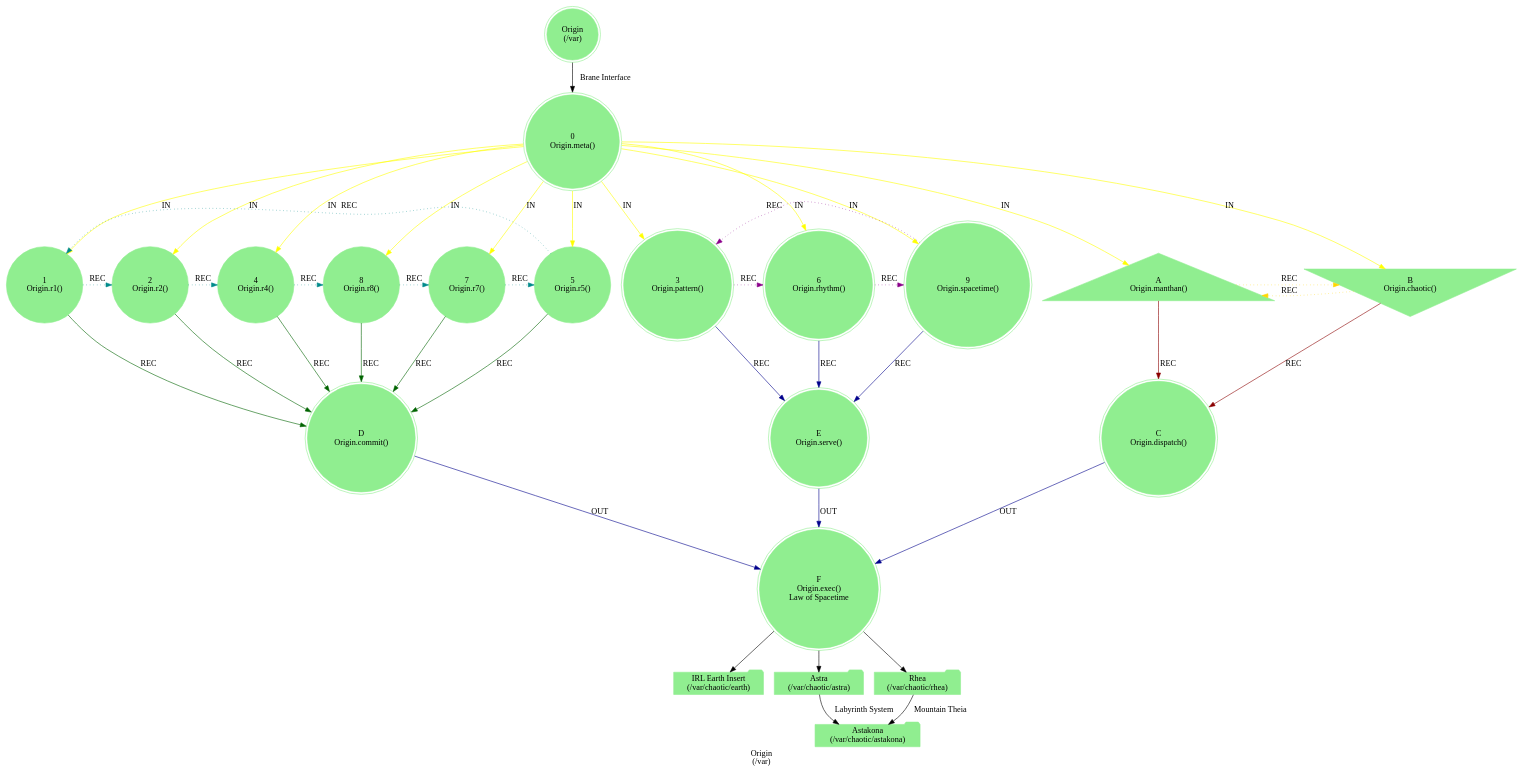
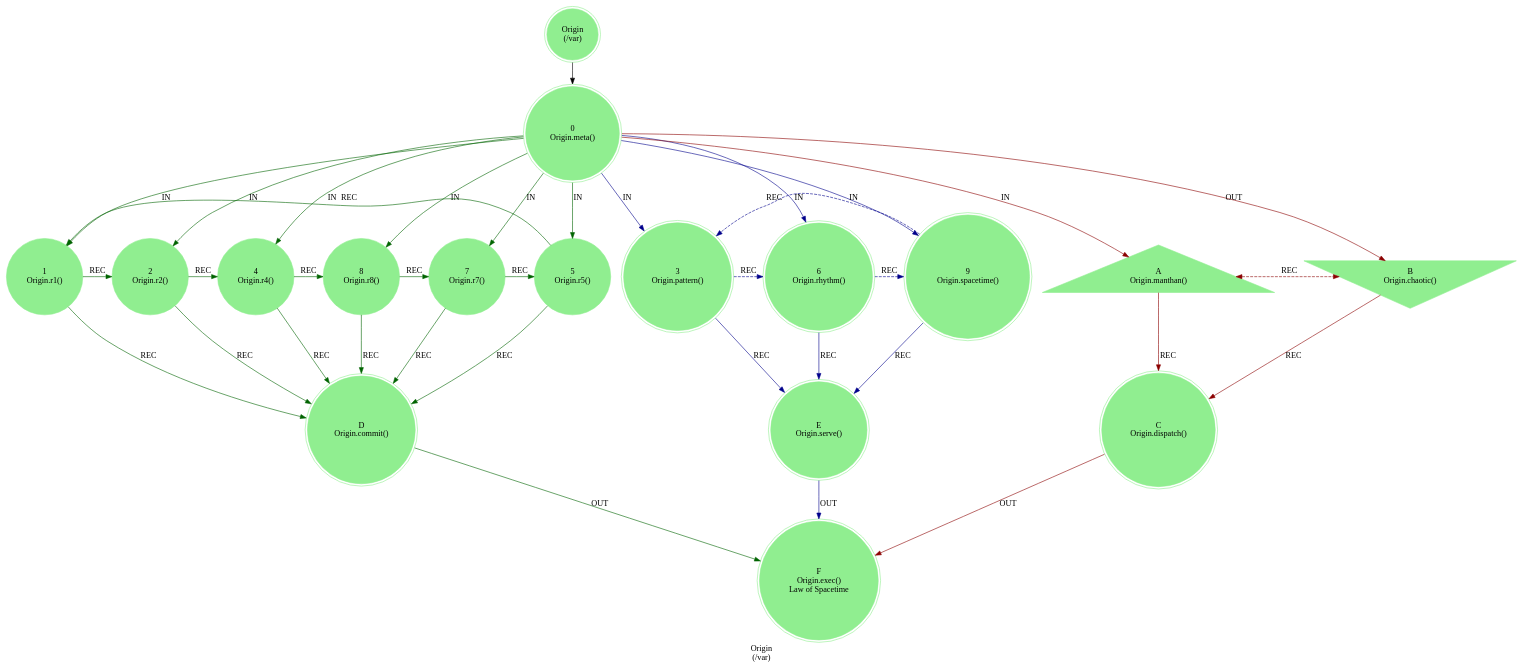
The diagram in src/core/mythos_var_origin.dot (cilang/mythos), drawn with Graphviz before and after one commit. The commit also changed 28 other files, not shown here.

```diff
--- a/src/core/mythos_var_origin.dot
+++ b/src/core/mythos_var_origin.dot
@@ -1,56 +1,50 @@
-strict digraph G {
+strict digraph OriginEngine {
     label = "Origin\n(/var)";
     style = filled;
     color = lightgray;
     node [shape = circle; style = filled; color = lightgreen;];
     
     spark_f_mythos_t [label = "Origin\n(/var)";shape = doublecircle;];
     // The Sacred 3-6-9 (Boundary of Perception).
     // "If you knew the magnificence of 3, 6, and 9, you would have a key to the universe." — Tesla.
     // The 1-2-4-8-7-5 Vortex (Boundary of Comprehension).
     // r0::meta();r1,r2,r4,r8,r7,r5;r3,r6,r;ra::receive(),rb::send(),rc::dispatch(),rd::commit(),re::serve(),rf::exec()
     spark_0_origin_t [label = "0\nOrigin.meta()";shape = doublecircle;comment = "Engine Meta";];
     spark_1_origin_t [label = "1\nOrigin.r1()";shape = circle;comment = "";];
     spark_2_origin_t [label = "2\nOrigin.r2()";shape = circle;comment = "";];
     spark_4_origin_t [label = "4\nOrigin.r4()";shape = circle;comment = "";];
     spark_8_origin_t [label = "8\nOrigin.r8()";shape = circle;comment = "";];
     spark_7_origin_t [label = "7\nOrigin.r7()";shape = circle;comment = "";];
     spark_5_origin_t [label = "5\nOrigin.r5()";shape = circle;comment = "";];
     spark_3_origin_t [label = "3\nOrigin.pattern()";shape = doublecircle;comment = "";];
     spark_6_origin_t [label = "6\nOrigin.rhythm()";shape = doublecircle;comment = "";];
     spark_9_origin_t [label = "9\nOrigin.spacetime()";shape = doublecircle;comment = "Brane Object, Brane World, Brane Lifeform";];
     spark_a_origin_t [label = "A\nOrigin.manthan()";shape = triangle;comment = "`/var/manthan`";];
     spark_b_origin_t [label = "B\nOrigin.chaotic()";shape = invtriangle;comment = "`/var/chaotic`";];
     spark_c_origin_t [label = "C\nOrigin.dispatch()";shape = doublecircle;comment = "";];
     spark_d_origin_t [label = "D\nOrigin.commit()";shape = doublecircle;comment = "";];
     spark_e_origin_t [label = "E\nOrigin.serve()";shape = doublecircle;comment = "`/var`";];
     spark_f_origin_t [label = "F\nOrigin.exec()\nLaw of Spacetime";shape = doublecircle;comment = "";];
     
     // IN = Input
     // OUT = Output
     // REC = Recursion
-    spark_0_origin_t -> {spark_a_origin_t spark_b_origin_t spark_1_origin_t spark_2_origin_t spark_3_origin_t spark_4_origin_t spark_5_origin_t spark_6_origin_t spark_7_origin_t spark_8_origin_t spark_9_origin_t} [label = "IN"; color = yellow; comment = "";];
+    spark_0_origin_t -> spark_a_origin_t [label = "IN"; color = darkred; comment = "";];
+    spark_0_origin_t -> spark_b_origin_t [label = "OUT"; color = darkred; comment = "";];
+    spark_0_origin_t -> {spark_3_origin_t spark_6_origin_t spark_9_origin_t} [label = "IN"; color = darkblue; comment = "";];
+    spark_0_origin_t -> {spark_1_origin_t spark_2_origin_t spark_4_origin_t spark_5_origin_t spark_7_origin_t spark_8_origin_t} [label = "IN"; color = darkgreen; comment = "";];
     
     {spark_a_origin_t spark_b_origin_t} -> spark_c_origin_t [label = "REC"; color = darkred; comment = "";];
+    {spark_3_origin_t spark_6_origin_t spark_9_origin_t} -> spark_e_origin_t [label = "REC"; color = darkblue; comment = "";];
     {spark_1_origin_t spark_2_origin_t spark_4_origin_t spark_8_origin_t spark_7_origin_t spark_5_origin_t} -> spark_d_origin_t [label = "REC"; color = darkgreen; comment = "";];
-    {spark_3_origin_t spark_6_origin_t spark_9_origin_t} -> spark_e_origin_t [label = "REC"; color = darkblue; comment = "";];
     
-    spark_1_origin_t -> spark_2_origin_t -> spark_4_origin_t -> spark_8_origin_t -> spark_7_origin_t -> spark_5_origin_t -> spark_1_origin_t [label = "REC"; color = darkcyan; comment = ""; style = dotted; constraint = false;];
-    spark_3_origin_t -> spark_6_origin_t -> spark_9_origin_t -> spark_3_origin_t [label = "REC"; color = darkmagenta; comment = ""; style = dotted; constraint = false;];
-    spark_a_origin_t -> spark_b_origin_t -> spark_a_origin_t [label = "REC"; color = gold; comment = ""; style = dotted; constraint = false;];
+    spark_3_origin_t -> spark_6_origin_t -> spark_9_origin_t -> spark_3_origin_t [label = "REC"; color = darkblue; comment = ""; style = dashed; constraint = false;];
+    spark_a_origin_t -> spark_b_origin_t [label = "REC"; color = darkred; comment = ""; style = dashed; constraint = false; dir = both;];
+    spark_1_origin_t -> spark_2_origin_t -> spark_4_origin_t -> spark_8_origin_t -> spark_7_origin_t -> spark_5_origin_t -> spark_1_origin_t [label = "REC"; color = darkgreen; comment = ""; style = dassed; constraint = false;];
     
-    {spark_c_origin_t spark_d_origin_t spark_e_origin_t} -> spark_f_origin_t [label = "OUT"; color = darkblue; comment = "";];
+    spark_e_origin_t -> spark_f_origin_t [label = "OUT"; color = darkblue; comment = "";];
+    spark_c_origin_t -> spark_f_origin_t [label = "OUT"; color = darkred; comment = "";];
+    spark_d_origin_t -> spark_f_origin_t [label = "OUT"; color = darkgreen; comment = "";];
     
-    spark_f_mythos_t -> spark_0_origin_t [label = "Brane Interface";];
-    
-    mythos_earth_t [label = "IRL Earth Insert\n(/var/chaotic/earth)";shape = folder;];
-    mythos_astakona_t [label = "Astakona\n(/var/chaotic/astakona)";shape = folder;];
-    mythos_astra_t [label = "Astra\n(/var/chaotic/astra)";shape = folder;];
-    mythos_rhea_t [label = "Rhea\n(/var/chaotic/rhea)";shape = folder;];
-    
-    spark_f_origin_t -> mythos_earth_t;
-    spark_f_origin_t -> mythos_astra_t;
-    spark_f_origin_t -> mythos_rhea_t;
-    mythos_astra_t -> mythos_astakona_t [label = "Labyrinth System";];
-    mythos_rhea_t -> mythos_astakona_t [label = "Mountain Theia";];
+    spark_f_mythos_t -> spark_0_origin_t;
 }
```
